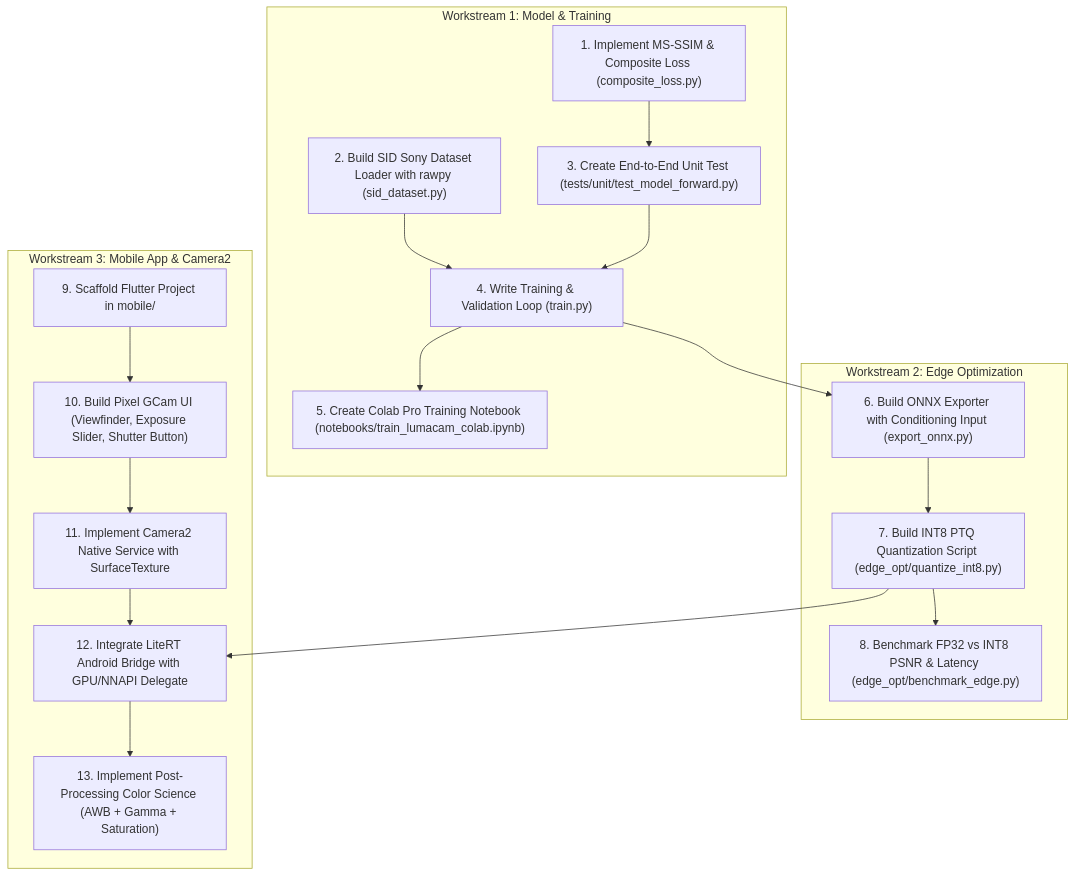
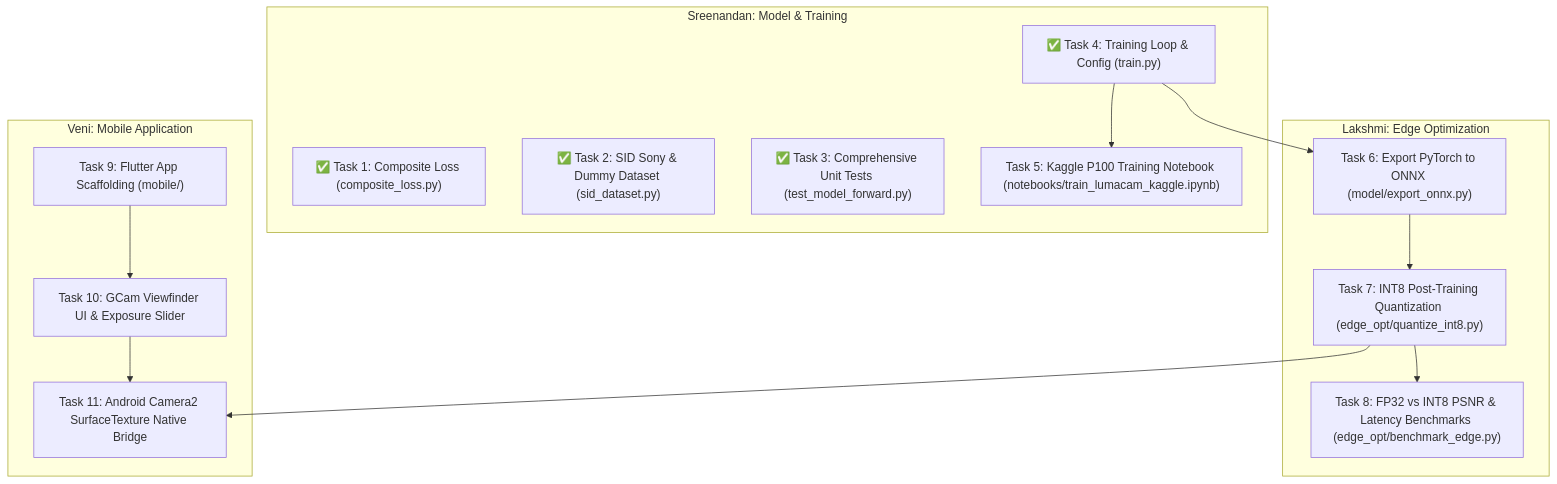
The diagram in Progress.md (Sreenandan2004/LumaCam), drawn with Mermaid before and after one commit. The commit also changed other lines of this file and 1 other file, not shown here.

Commit message:
docs: update Progress.md and me.md with completed training pipeline milestones and metrics

````diff
--- a/Progress.md
+++ b/Progress.md
@@ -47,37 +65,30 @@
 ```mermaid
 flowchart TD
-    subgraph Workstream 1: Model & Training
-        W1_1["1. Implement MS-SSIM & Composite Loss (composite_loss.py)"]
-        W1_2["2. Build SID Sony Dataset Loader with rawpy (sid_dataset.py)"]
-        W1_3["3. Create End-to-End Unit Test (tests/unit/test_model_forward.py)"]
-        W1_4["4. Write Training & Validation Loop (train.py)"]
-        W1_5["5. Create Colab Pro Training Notebook (notebooks/train_lumacam_colab.ipynb)"]
+    subgraph Sreenandan: Model & Training
+        N1["✅ Task 1: Composite Loss (composite_loss.py)"]
+        N2["✅ Task 2: SID Sony & Dummy Dataset (sid_dataset.py)"]
+        N3["✅ Task 3: Comprehensive Unit Tests (test_model_forward.py)"]
+        N4["✅ Task 4: Training Loop & Config (train.py)"]
+        N5["Task 5: Kaggle P100 Training Notebook (notebooks/train_lumacam_kaggle.ipynb)"]
     end
 
-    subgraph Workstream 2: Edge Optimization
-        W2_1["6. Build ONNX Exporter with Conditioning Input (export_onnx.py)"]
-        W2_2["7. Build INT8 PTQ Quantization Script (edge_opt/quantize_int8.py)"]
-        W2_3["8. Benchmark FP32 vs INT8 PSNR & Latency (edge_opt/benchmark_edge.py)"]
+    subgraph Lakshmi: Edge Optimization
+        L1["Task 6: Export PyTorch to ONNX (model/export_onnx.py)"]
+        L2["Task 7: INT8 Post-Training Quantization (edge_opt/quantize_int8.py)"]
+        L3["Task 8: FP32 vs INT8 PSNR & Latency Benchmarks (edge_opt/benchmark_edge.py)"]
     end
 
-    subgraph Workstream 3: Mobile App & Camera2
-        W3_1["9. Scaffold Flutter Project in mobile/"]
-        W3_2["10. Build Pixel GCam UI (Viewfinder, Exposure Slider, Shutter Button)"]
-        W3_3["11. Implement Camera2 Native Service with SurfaceTexture"]
-        W3_4["12. Integrate LiteRT Android Bridge with GPU/NNAPI Delegate"]
-        W3_5["13. Implement Post-Processing Color Science (AWB + Gamma + Saturation)"]
+    subgraph Veni: Mobile Application
+        V1["Task 9: Flutter App Scaffolding (mobile/)"]
+        V2["Task 10: GCam Viewfinder UI & Exposure Slider"]
+        V3["Task 11: Android Camera2 SurfaceTexture Native Bridge"]
     end
 
-    W1_1 --> W1_3
-    W1_2 --> W1_4
-    W1_3 --> W1_4
-    W1_4 --> W1_5
-    W1_4 --> W2_1
-    W2_1 --> W2_2
-    W2_2 --> W2_3
-    W3_1 --> W3_2
-    W3_2 --> W3_3
-    W2_2 --> W3_4
-    W3_3 --> W3_4
-    W3_4 --> W3_5
+    N4 --> N5
+    N4 --> L1
+    L1 --> L2
+    L2 --> L3
+    V1 --> V2
+    V2 --> V3
+    L2 --> V3
 ```
````
